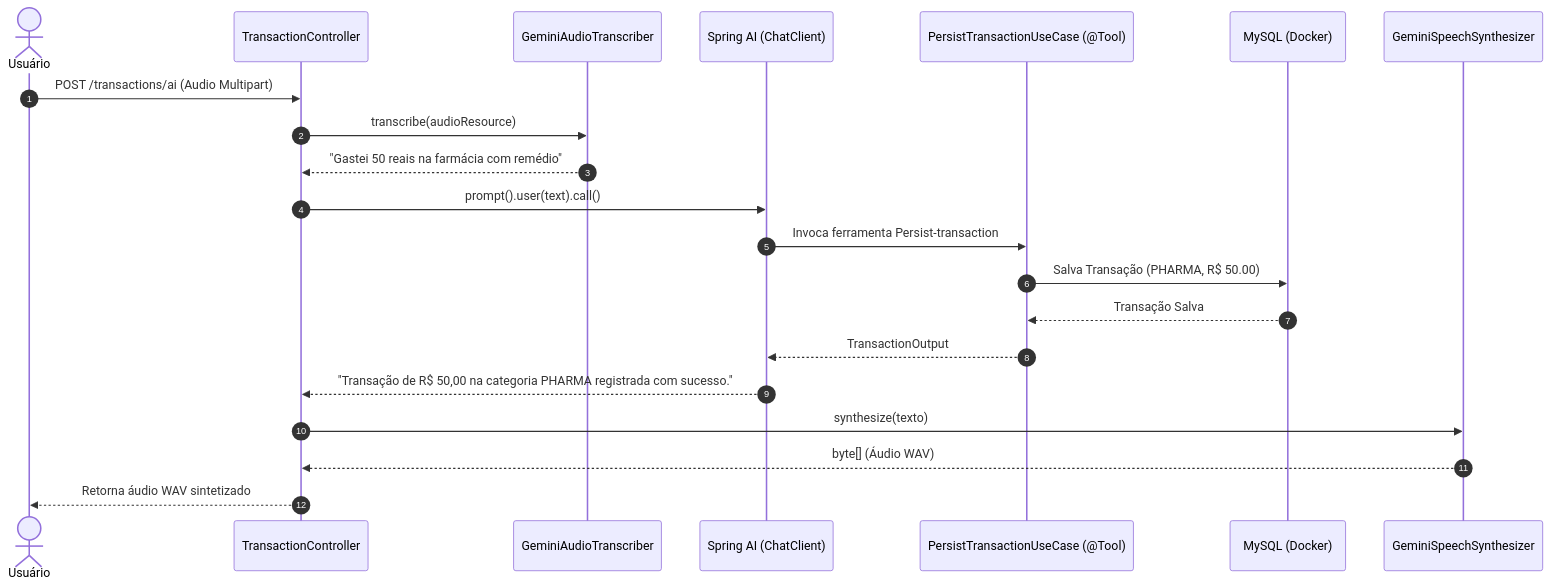
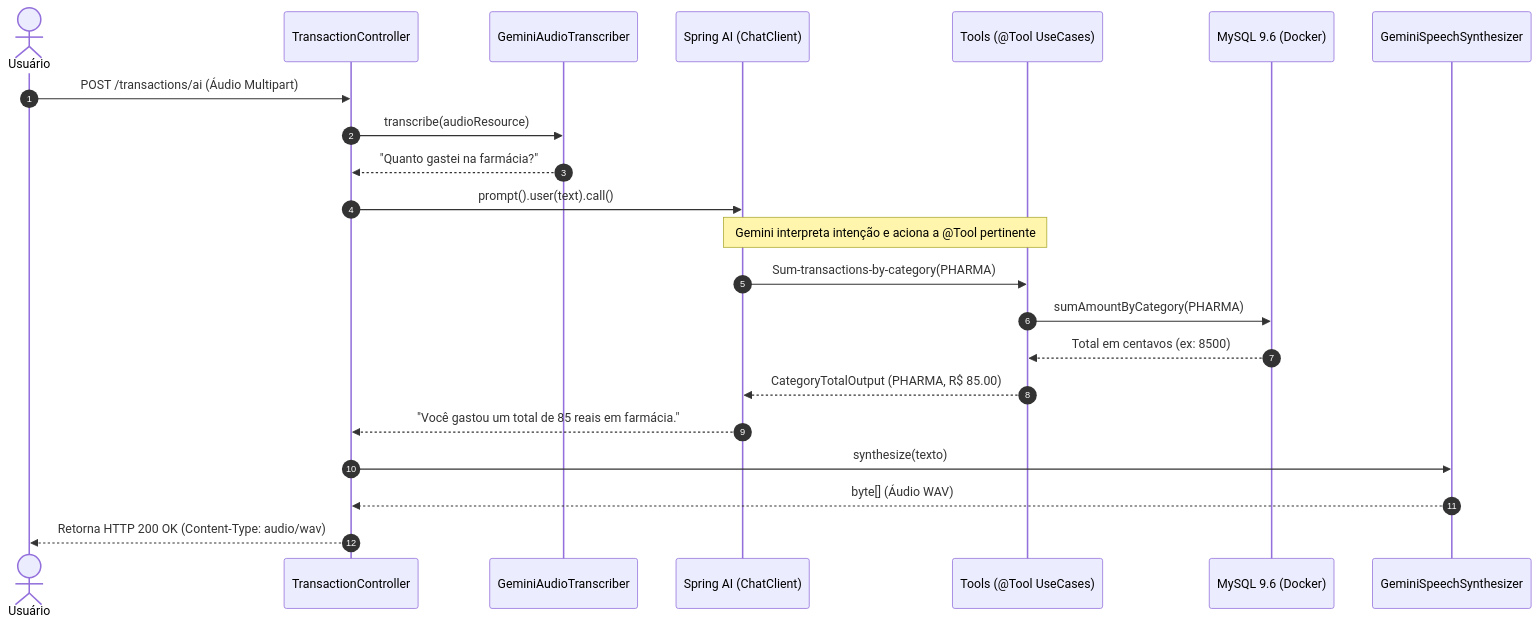
Before and after one commit to GLzanetti/ProjetoBudgetingItauEDio: the diagram in README.md, drawn with Mermaid. The commit also changed other lines of this file, not shown here.

````diff
--- a/README.md
+++ b/README.md
@@ -46,24 +65,25 @@
 ```mermaid
 sequenceDiagram
     autonumber
     actor User as Usuário
     participant Controller as TransactionController
     participant Transcriber as GeminiAudioTranscriber
     participant AI as Spring AI (ChatClient)
-    participant UseCase as PersistTransactionUseCase (@Tool)
-    participant DB as MySQL (Docker)
+    participant Tool as Tools (@Tool UseCases)
+    participant DB as MySQL 9.6 (Docker)
     participant TTS as GeminiSpeechSynthesizer
 
-    User->>Controller: POST /transactions/ai (Audio Multipart)
+    User->>Controller: POST /transactions/ai (Áudio Multipart)
     Controller->>Transcriber: transcribe(audioResource)
-    Transcriber-->>Controller: "Gastei 50 reais na farmácia com remédio"
+    Transcriber-->>Controller: "Quanto gastei na farmácia?"
     Controller->>AI: prompt().user(text).call()
-    AI->>UseCase: Invoca ferramenta Persist-transaction
-    UseCase->>DB: Salva Transação (PHARMA, R$ 50.00)
-    DB-->>UseCase: Transação Salva
-    UseCase-->>AI: TransactionOutput
-    AI-->>Controller: "Transação de R$ 50,00 na categoria PHARMA registrada com sucesso."
+    Note over AI,Tool: Gemini interpreta intenção e aciona a @Tool pertinente
+    AI->>Tool: Sum-transactions-by-category(PHARMA)
+    Tool->>DB: sumAmountByCategory(PHARMA)
+    DB-->>Tool: Total em centavos (ex: 8500)
+    Tool-->>AI: CategoryTotalOutput (PHARMA, R$ 85.00)
+    AI-->>Controller: "Você gastou um total de 85 reais em farmácia."
     Controller->>TTS: synthesize(texto)
     TTS-->>Controller: byte[] (Áudio WAV)
-    Controller-->>User: Retorna áudio WAV sintetizado
+    Controller-->>User: Retorna HTTP 200 OK (Content-Type: audio/wav)
 ```
````
